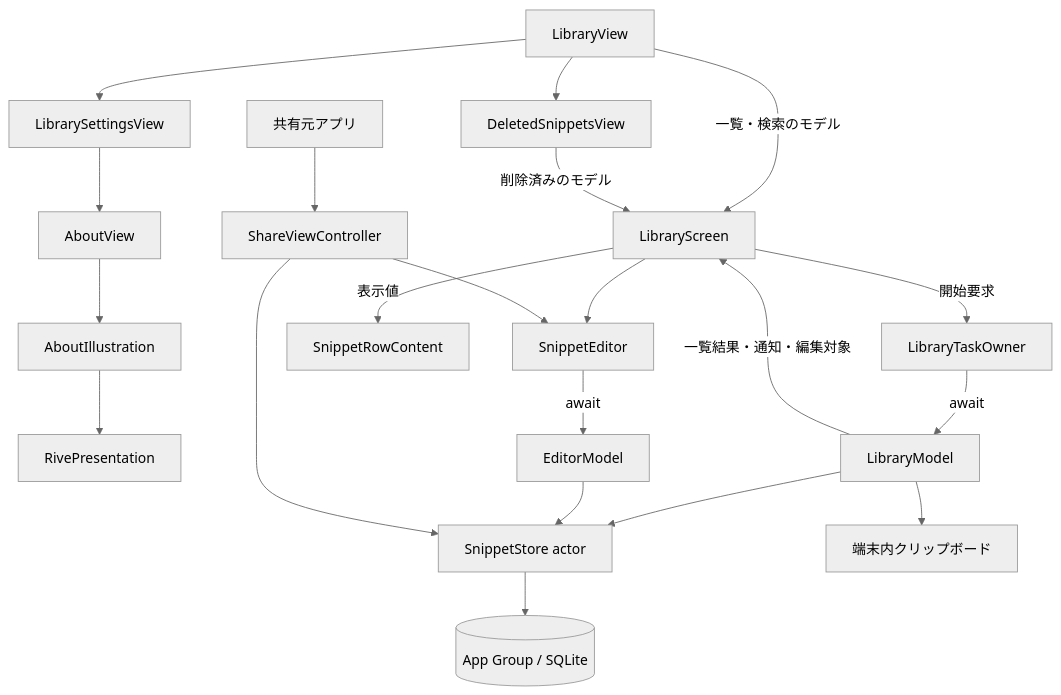
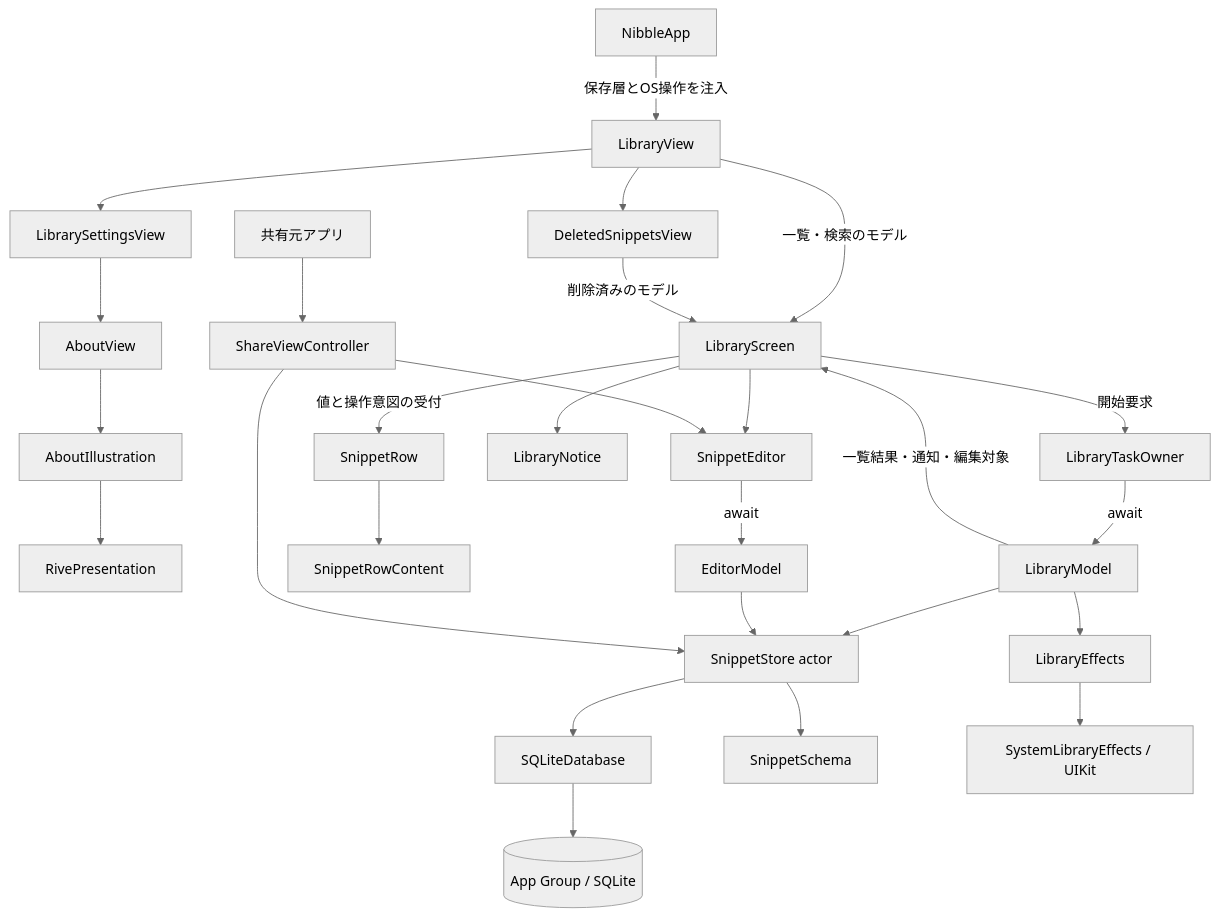
Before and after one commit to 9uiLe/nibble: the first of 2 diagrams in docs/decisions/0002-mvp-app.md, drawn with Mermaid (neutral theme). The commit also changed other lines of this file and 30 other files, not shown here.

````diff
--- a/docs/decisions/0002-mvp-app.md
+++ b/docs/decisions/0002-mvp-app.md
@@ -174,23 +178,29 @@
 ```mermaid
 flowchart TB
-    Tabs[LibraryView] -->|一覧・検索のモデル| Library[LibraryScreen]
+    App[NibbleApp] -->|保存層とOS操作を注入| Tabs[LibraryView]
+    Tabs -->|一覧・検索のモデル| Library[LibraryScreen]
     Tabs --> Settings[LibrarySettingsView]
     Settings --> About[AboutView]
     About --> Illustration[AboutIllustration]
     Illustration --> Presentation[RivePresentation]
     Tabs --> Trash[DeletedSnippetsView]
     Trash -->|削除済みのモデル| Library
     Library -->|開始要求| Owner[LibraryTaskOwner]
     Owner -->|await| Model[LibraryModel]
     Model -->|一覧結果・通知・編集対象| Library
-    Library -->|表示値| Row[SnippetRowContent]
+    Library -->|値と操作意図の受付| Row[SnippetRow]
+    Row --> Content[SnippetRowContent]
+    Library --> Notice[LibraryNotice]
     Library --> Editor[SnippetEditor]
     Host[共有元アプリ] --> Share[ShareViewController]
     Share --> Editor
     Editor -->|await| Editing[EditorModel]
     Model --> Store[SnippetStore actor]
     Editing --> Store
     Share --> Store
-    Store --> DB[(App Group / SQLite)]
-    Model --> Clipboard[端末内クリップボード]
+    Store --> SQL[SQLiteDatabase]
+    Store --> Schema[SnippetSchema]
+    SQL --> DB[(App Group / SQLite)]
+    Model --> Effects[LibraryEffects]
+    Effects --> System[SystemLibraryEffects / UIKit]
 ```
````
